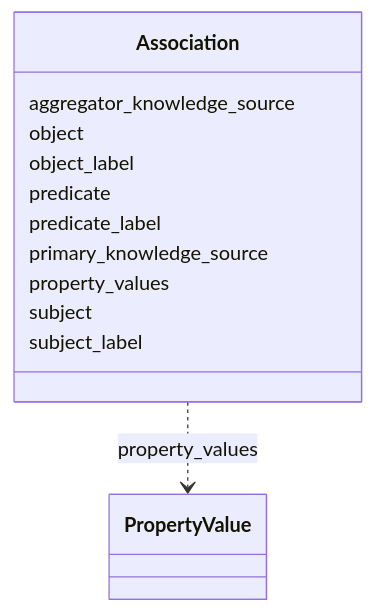
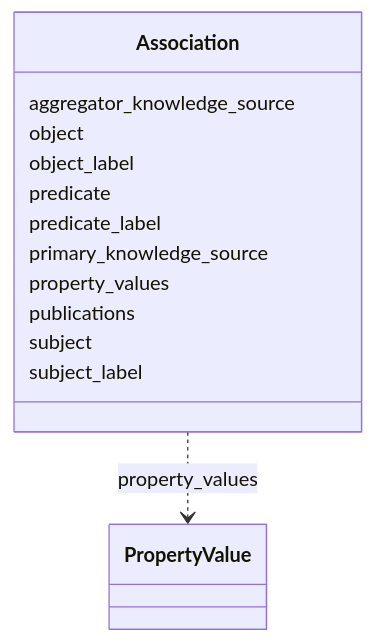
The diagram in association/Association.md (INCATools/ontology-access-kit), drawn with Mermaid before and after one commit. The commit also changed other lines of this file and 68 other files, not shown here.

````diff
--- a/association/Association.md
+++ b/association/Association.md
@@ -11,25 +11,27 @@
 ```{mermaid}
  classDiagram
     class Association
       Association : aggregator_knowledge_source
         
       Association : object
         
       Association : object_label
         
       Association : predicate
         
       Association : predicate_label
         
       Association : primary_knowledge_source
         
       Association : property_values
         
           Association ..> PropertyValue : property_values
         
+      Association : publications
+        
       Association : subject
         
       Association : subject_label
         
       
 ```
````
